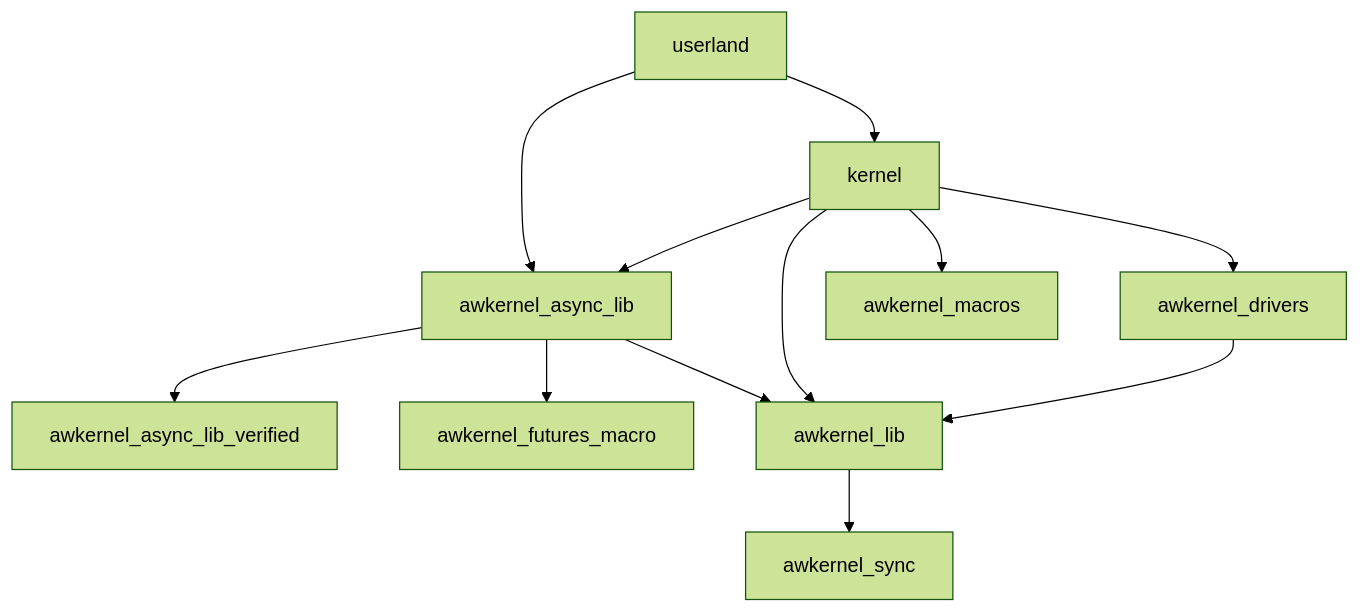
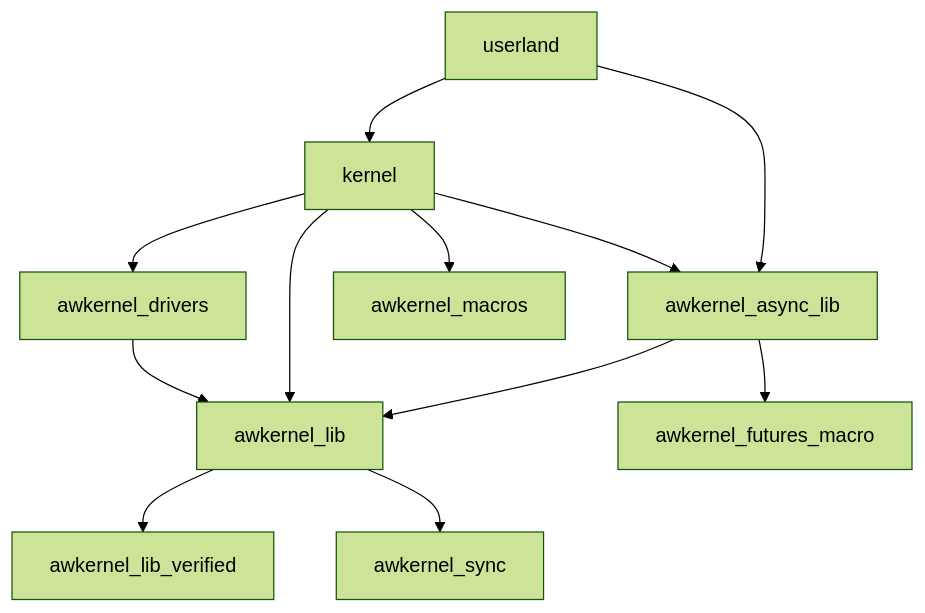
Before and after one commit to tier4/awkernel: the diagram in README.md, drawn with Mermaid (forest theme). The commit also changed other lines of this file and 21 other files, not shown here.

Commit message:
feat: rename awkernel_async_lib_verified to awkernel_lib_verified (#774)

````diff
--- a/README.md
+++ b/README.md
@@ -51,14 +51,14 @@
 ```mermaid
 graph TD;
-    awkernel_async_lib-->awkernel_async_lib_verified;
+    awkernel_lib-->awkernel_lib_verified;
     awkernel_async_lib-->awkernel_futures_macro;
     awkernel_async_lib-->awkernel_lib;
     awkernel_lib-->awkernel_sync;
     userland-->awkernel_async_lib;
     kernel-->awkernel_lib;
     kernel-->awkernel_async_lib;
     kernel-->awkernel_drivers;
     awkernel_drivers-->awkernel_lib;
     userland-->kernel;
     kernel-->awkernel_macros;
 ```
````
